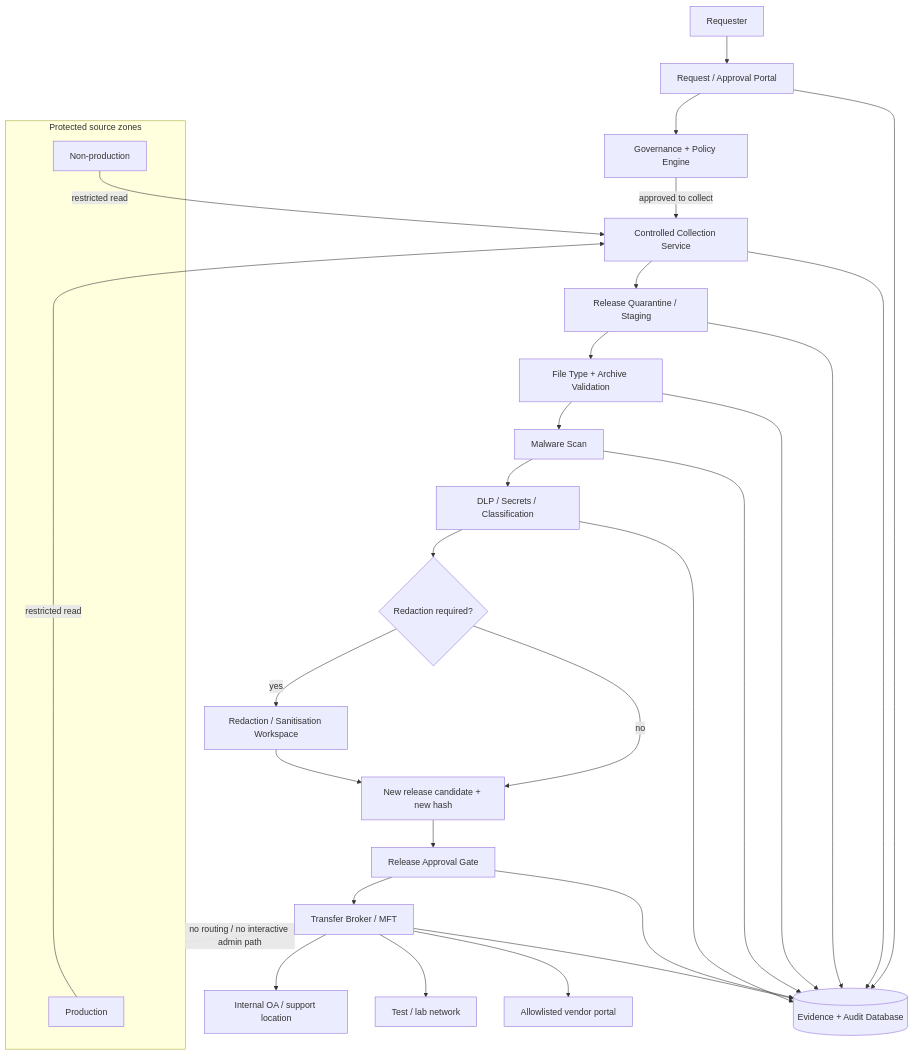
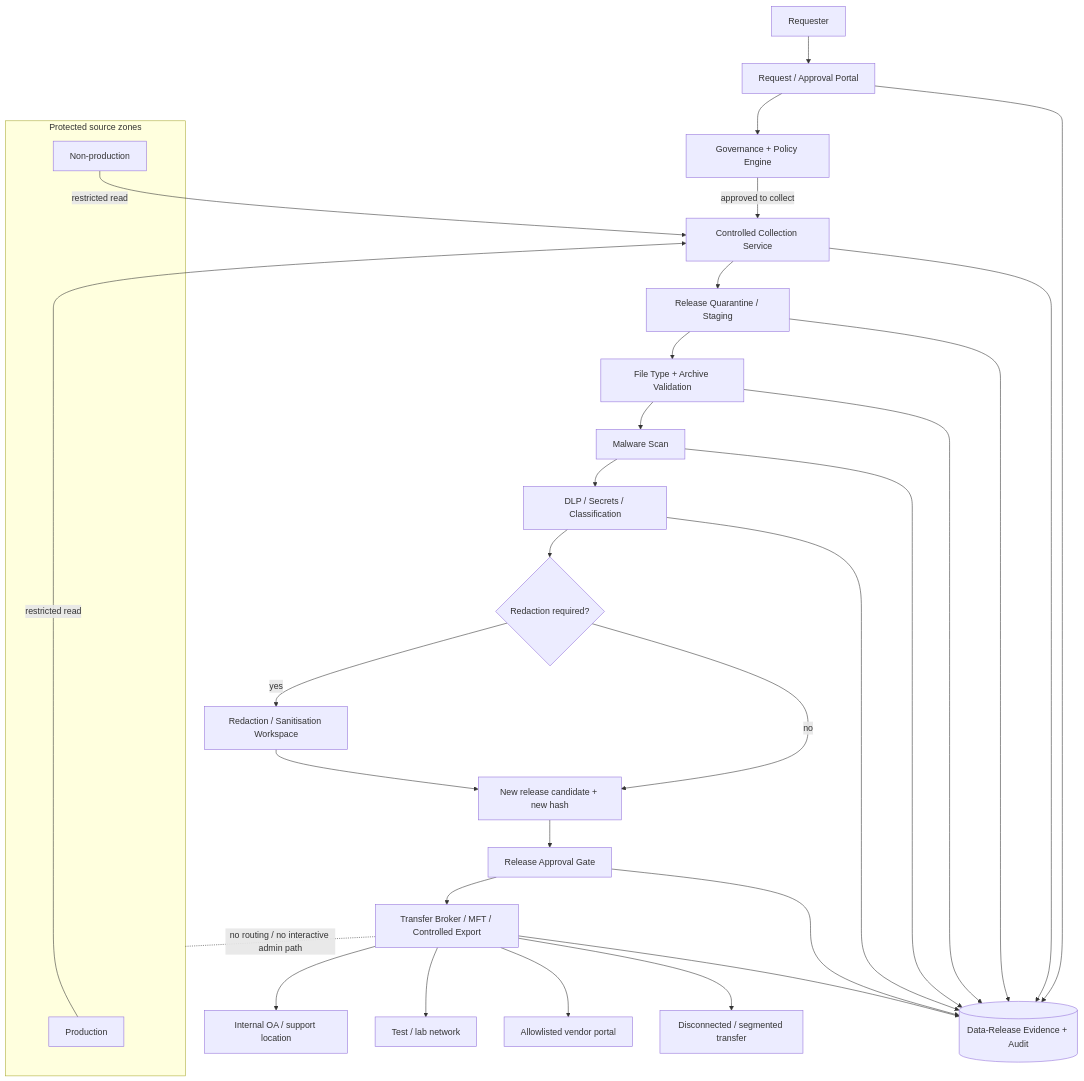
The fourth of 6 diagrams in controlled-data-release-architecture.md (jfang88/QuarantineDownload), drawn with Mermaid before and after one commit. The commit also changed other lines of this file and 9 other files, not shown here.

````diff
--- a/controlled-data-release-architecture.md
+++ b/controlled-data-release-architecture.md
@@ -187,41 +225,42 @@
 ```mermaid
 flowchart TB
     U[Requester] --> P[Request / Approval Portal]
     P --> G[Governance + Policy Engine]
     G -->|approved to collect| C[Controlled Collection Service]
 
     subgraph SourceZones[Protected source zones]
         PROD[Production]
         NONPROD[Non-production]
     end
 
     PROD -->|restricted read| C
     NONPROD -->|restricted read| C
 
     C --> Q[Release Quarantine / Staging]
     Q --> F[File Type + Archive Validation]
     F --> M[Malware Scan]
     M --> D[DLP / Secrets / Classification]
     D --> R{Redaction required?}
     R -->|yes| X[Redaction / Sanitisation Workspace]
     X --> Q2[New release candidate + new hash]
     R -->|no| Q2
 
     Q2 --> A[Release Approval Gate]
-    A --> B[Transfer Broker / MFT]
+    A --> B[Transfer Broker / MFT / Controlled Export]
 
     B --> OA[Internal OA / support location]
     B --> LAB[Test / lab network]
     B --> V[Allowlisted vendor portal]
+    B --> ISO[Disconnected / segmented transfer]
 
-    P --> E[(Evidence + Audit Database)]
+    P --> E[(Data-Release Evidence + Audit)]
     C --> E
     Q --> E
     F --> E
     M --> E
     D --> E
     A --> E
     B --> E
 
     B -. no routing / no interactive admin path .- SourceZones
 ```
````
